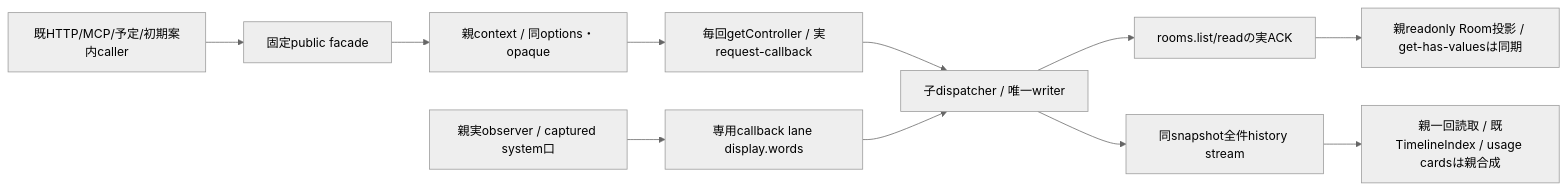
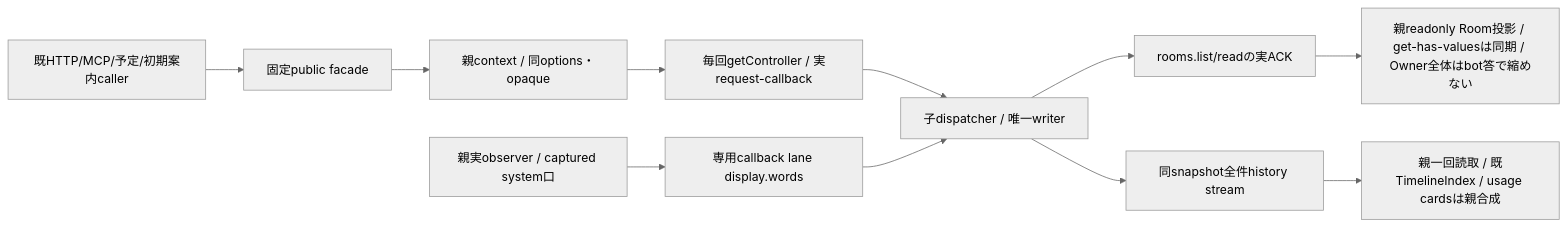
Before and after one commit to kitepon/BellTeam: the eighth of 15 diagrams in docs/architecture/modules/conversation/process.md, drawn with Mermaid (neutral theme). The commit also changed other lines of this file and 4 other files, not shown here.

````diff
--- a/docs/architecture/modules/conversation/process.md
+++ b/docs/architecture/modules/conversation/process.md
@@ -270,13 +270,13 @@
 ```mermaid
 flowchart LR
   Caller[既HTTP/MCP/予定/初期案内caller] --> Facade[固定public facade]
   Facade --> Context[親context / 同options・opaque]
   Context --> Controller[毎回getController / 実request-callback]
   Controller --> Child[子dispatcher / 唯一writer]
   Child --> Fresh[rooms.list/readの実ACK]
-  Fresh --> Projection[親readonly Room投影 / get-has-valuesは同期]
+  Fresh --> Projection[親readonly Room投影 / get-has-valuesは同期 / Owner全体はbot答で縮めない]
   Child --> History[同snapshot全件history stream]
   History --> Index[親一回読取 / 既TimelineIndex / usage cardsは親合成]
   Native[親実observer / captured system口] --> Display[専用callback lane display.words]
   Display --> Child
 ```
````
